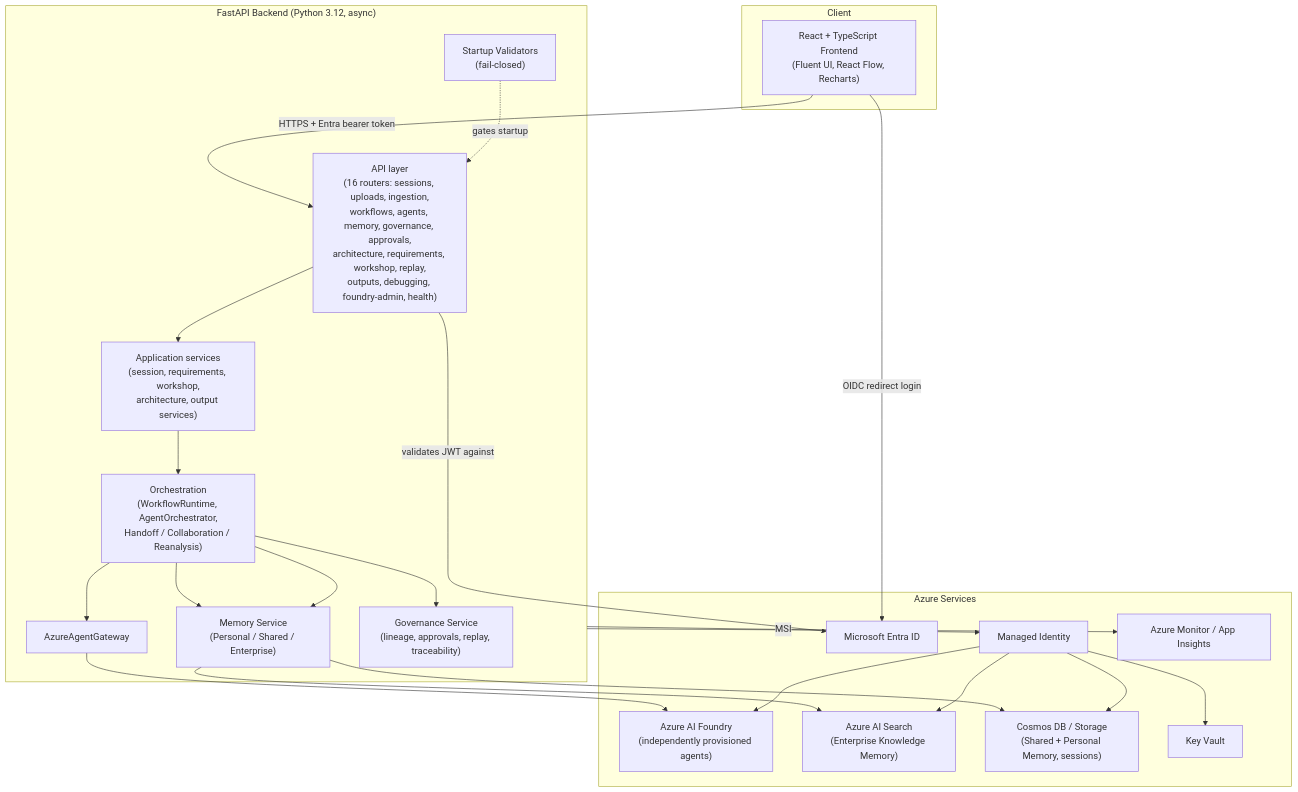
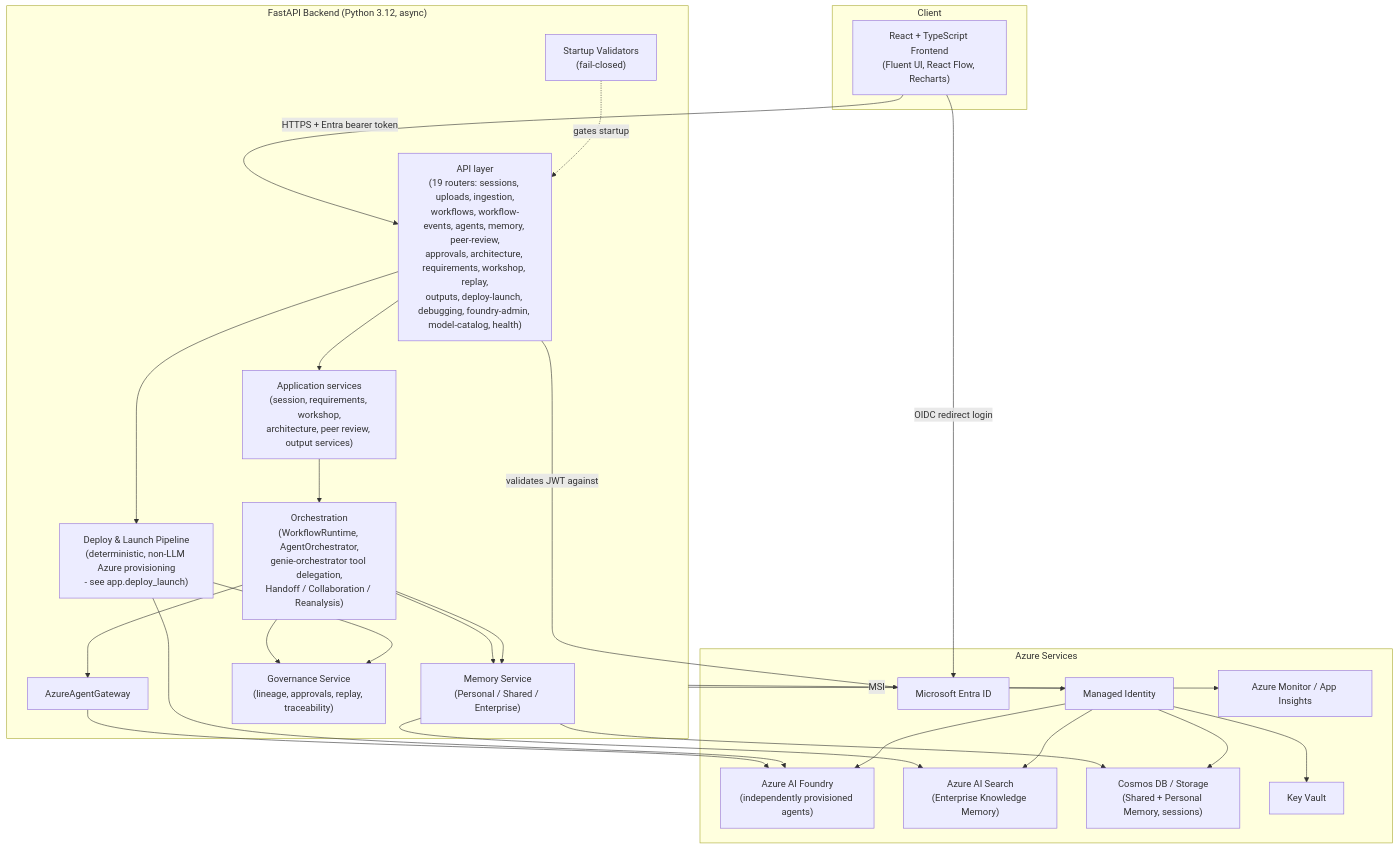
Before and after one commit to raviganesh-ai/genie-agentic-platform: the first of 2 diagrams in README.md, drawn with Mermaid. The commit also changed other lines of this file, not shown here.

Commit message:
docs: refresh README to match current agent/workflow architecture and explain the how

````diff
--- a/README.md
+++ b/README.md
@@ -33,42 +35,46 @@
 ```mermaid
 flowchart TB
     subgraph Client
         FE["React + TypeScript Frontend\n(Fluent UI, React Flow, Recharts)"]
     end
 
     subgraph Backend["FastAPI Backend (Python 3.12, async)"]
-        API["API layer\n(16 routers: sessions, uploads, ingestion,\nworkflows, agents, memory, governance, approvals,\narchitecture, requirements, workshop, replay,\noutputs, debugging, foundry-admin, health)"]
-        SVC["Application services\n(session, requirements, workshop,\narchitecture, output services)"]
-        ORCH["Orchestration\n(WorkflowRuntime, AgentOrchestrator,\nHandoff / Collaboration / Reanalysis)"]
+        API["API layer\n(19 routers: sessions, uploads, ingestion,\nworkflows, workflow-events, agents, memory, peer-review,\napprovals, architecture, requirements, workshop, replay,\noutputs, deploy-launch, debugging, foundry-admin, model-catalog, health)"]
+        SVC["Application services\n(session, requirements, workshop,\narchitecture, peer review, output services)"]
+        ORCH["Orchestration\n(WorkflowRuntime, AgentOrchestrator,\ngenie-orchestrator tool delegation,\nHandoff / Collaboration / Reanalysis)"]
+        DL["Deploy & Launch Pipeline\n(deterministic, non-LLM Azure provisioning\n- see app.deploy_launch)"]
         GW["AzureAgentGateway"]
         MEM["Memory Service\n(Personal / Shared / Enterprise)"]
         GOV["Governance Service\n(lineage, approvals, replay, traceability)"]
         VAL["Startup Validators\n(fail-closed)"]
     end
 
     subgraph Azure["Azure Services"]
         FOUNDRY["Azure AI Foundry\n(independently provisioned agents)"]
         SEARCH["Azure AI Search\n(Enterprise Knowledge Memory)"]
         STORE["Cosmos DB / Storage\n(Shared + Personal Memory, sessions)"]
         KV["Key Vault"]
         ENTRA["Microsoft Entra ID"]
         MI["Managed Identity"]
         MON["Azure Monitor / App Insights"]
     end
 
     FE -- "HTTPS + Entra bearer token" --> API
     API --> SVC --> ORCH
+    API --> DL
     ORCH --> GW --> FOUNDRY
     ORCH --> MEM --> SEARCH
     ORCH --> MEM --> STORE
     ORCH --> GOV
+    DL --> FOUNDRY
+    DL --> GOV
     VAL -.->|"gates startup"| API
     Backend -- "MSI" --> MI
     MI --> KV
     MI --> FOUNDRY
     MI --> SEARCH
     MI --> STORE
     Backend --> MON
     FE -- "OIDC redirect login" --> ENTRA
     API -- "validates JWT against" --> ENTRA
 ```
````
